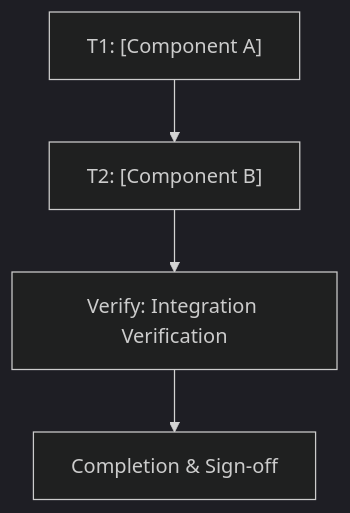
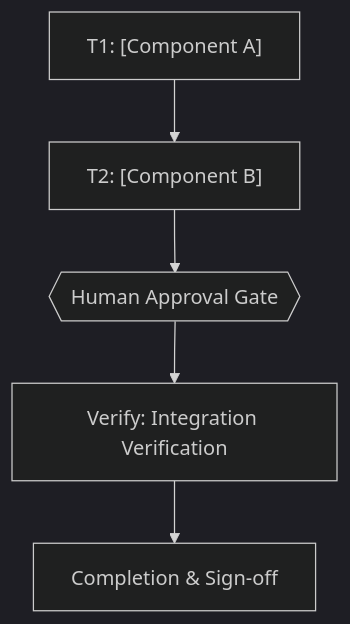
Before and after one commit to belajarcarabelajar/ai-skills: the diagram in templates/implementation-plan-template.md, drawn with Mermaid (dark theme). The commit also changed other lines of this file and 7 other files, not shown here.

Commit message:
feat: mandate mermaid in planning and add orchestration snippet

````diff
--- a/templates/implementation-plan-template.md
+++ b/templates/implementation-plan-template.md
@@ -39,6 +40,7 @@
 ```mermaid
 flowchart TD
     T1["T1: [Component A]"] --> T2["T2: [Component B]"]
-    T2 --> Verify["Verify: Integration Verification"]
+    T2 --> Gate{{"Human Approval Gate"}}
+    Gate --> Verify["Verify: Integration Verification"]
     Verify --> Finish["Completion & Sign-off"]
 ```
````
